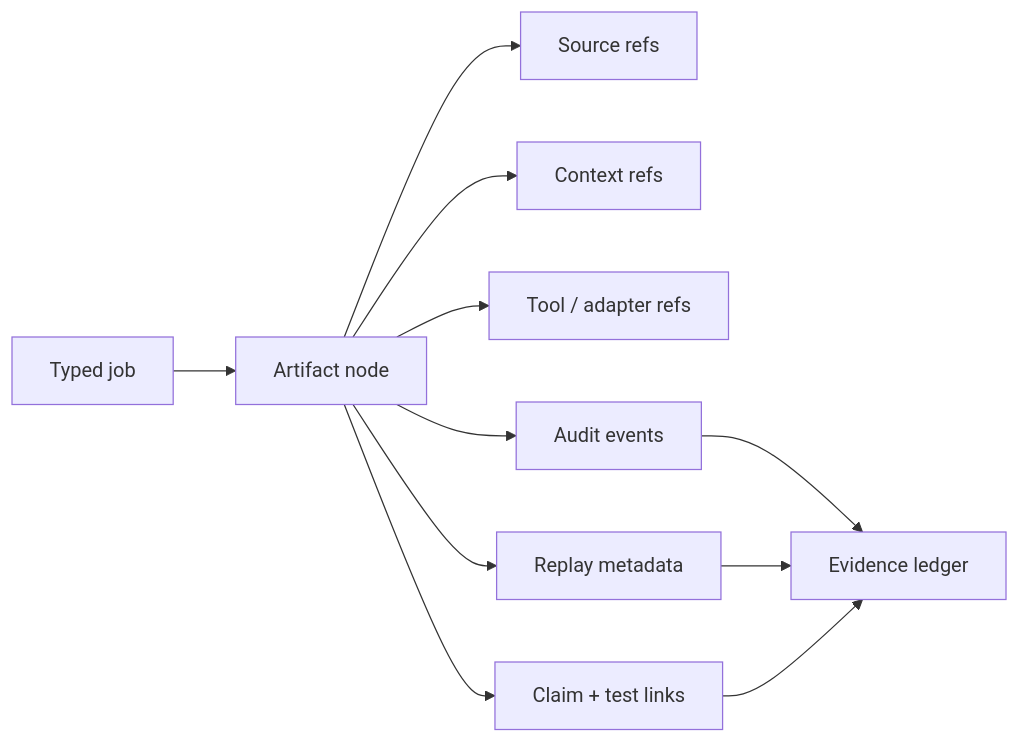
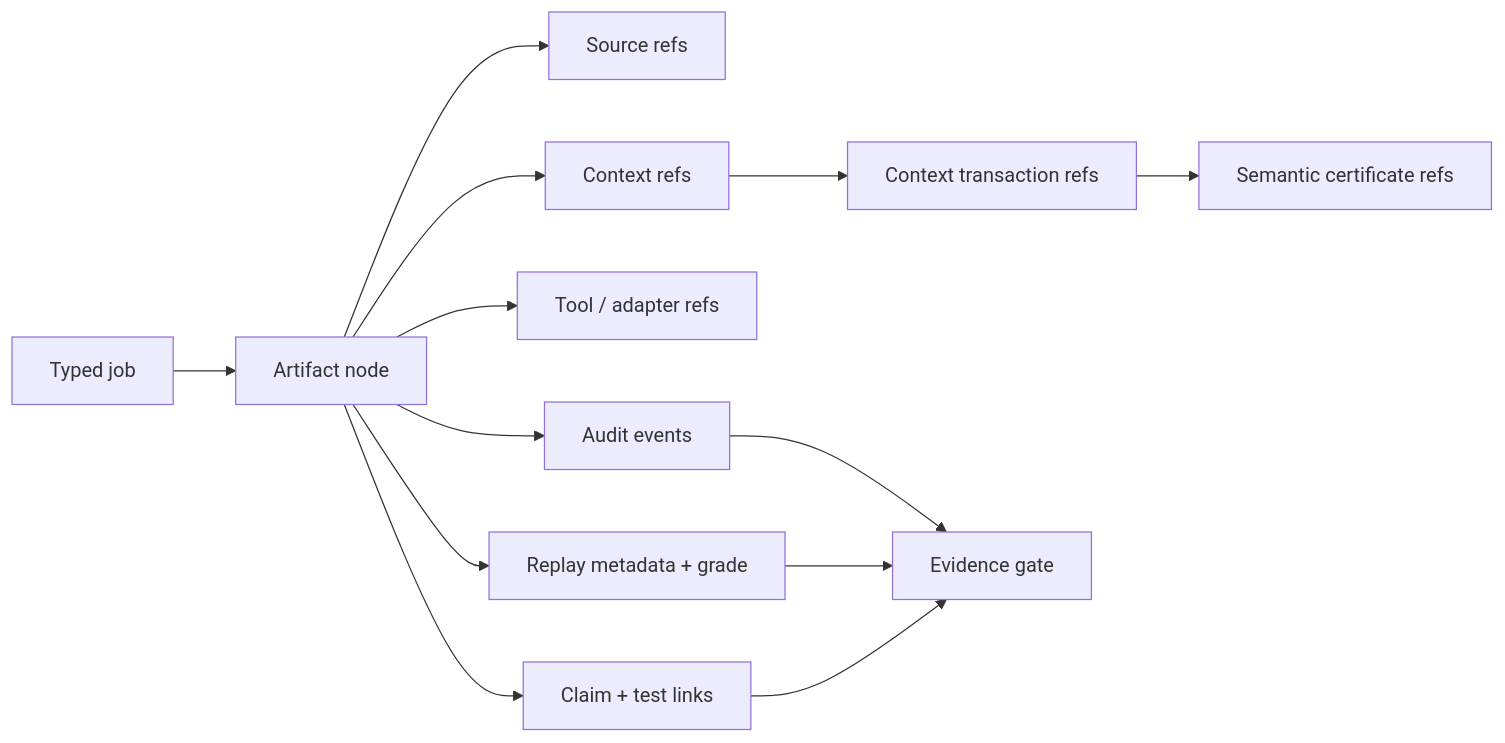
Before and after one commit to corbensorenson/asi-stack-book: the diagram in chapters/artifact-graphs-audit-logs-and-replay.qmd, drawn with Mermaid. The commit also changed other lines of this file and 12 other files, not shown here.

````diff
--- a/chapters/artifact-graphs-audit-logs-and-replay.qmd
+++ b/chapters/artifact-graphs-audit-logs-and-replay.qmd
@@ -94,13 +94,15 @@
 ```{mermaid}
 flowchart LR
   A["Typed job"] --> B["Artifact node"]
   B --> C["Source refs"]
   B --> D["Context refs"]
-  B --> E["Tool / adapter refs"]
-  B --> F["Audit events"]
-  B --> G["Replay metadata"]
-  B --> H["Claim + test links"]
-  F --> I["Evidence ledger"]
-  G --> I
-  H --> I
+  D --> E["Context transaction refs"]
+  E --> F["Semantic certificate refs"]
+  B --> G["Tool / adapter refs"]
+  B --> H["Audit events"]
+  B --> I["Replay metadata + grade"]
+  B --> J["Claim + test links"]
+  H --> K["Evidence gate"]
+  I --> K
+  J --> K
 ```
````
